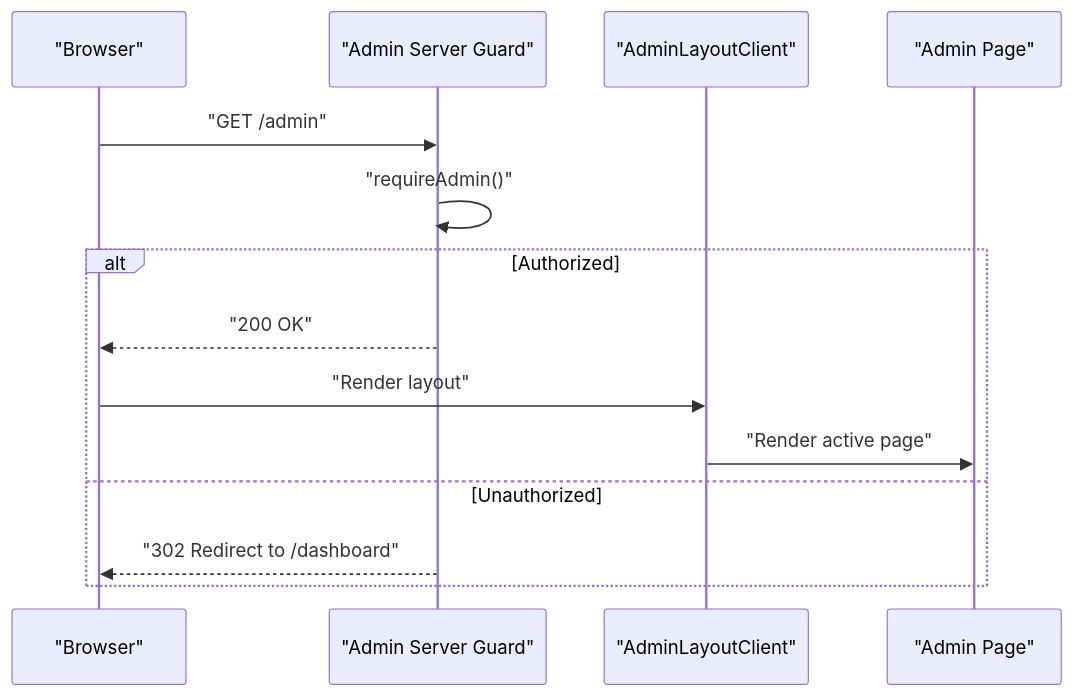
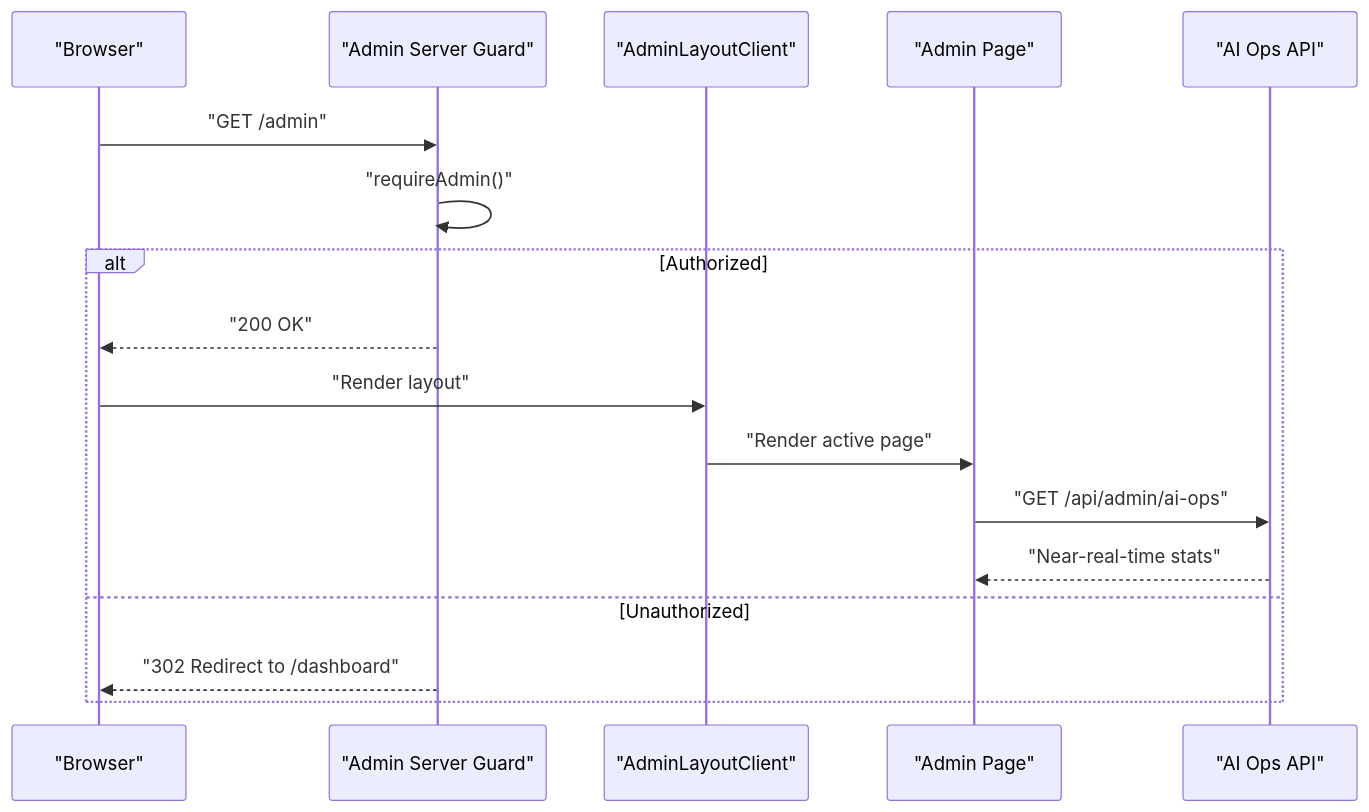
Before and after one commit to ecryptoguru/lyraalpha: the second of 10 diagrams in .qoder/repowiki/en/content/Core Features/Administrative Tools.md, drawn with Mermaid. The commit also changed other lines of this file and 95 other files, not shown here.

````diff
--- a/.qoder/repowiki/en/content/Core Features/Administrative Tools.md
+++ b/.qoder/repowiki/en/content/Core Features/Administrative Tools.md
@@ -89,16 +114,19 @@
 ```mermaid
 sequenceDiagram
 participant Browser as "Browser"
 participant Server as "Admin Server Guard"
 participant Layout as "AdminLayoutClient"
 participant Page as "Admin Page"
+participant API as "AI Ops API"
 Browser->>Server : "GET /admin"
 Server->>Server : "requireAdmin()"
 alt Authorized
 Server-->>Browser : "200 OK"
 Browser->>Layout : "Render layout"
 Layout->>Page : "Render active page"
+Page->>API : "GET /api/admin/ai-ops"
+API-->>Page : "Near-real-time stats"
 else Unauthorized
 Server-->>Browser : "302 Redirect to /dashboard"
 end
 ```
````
